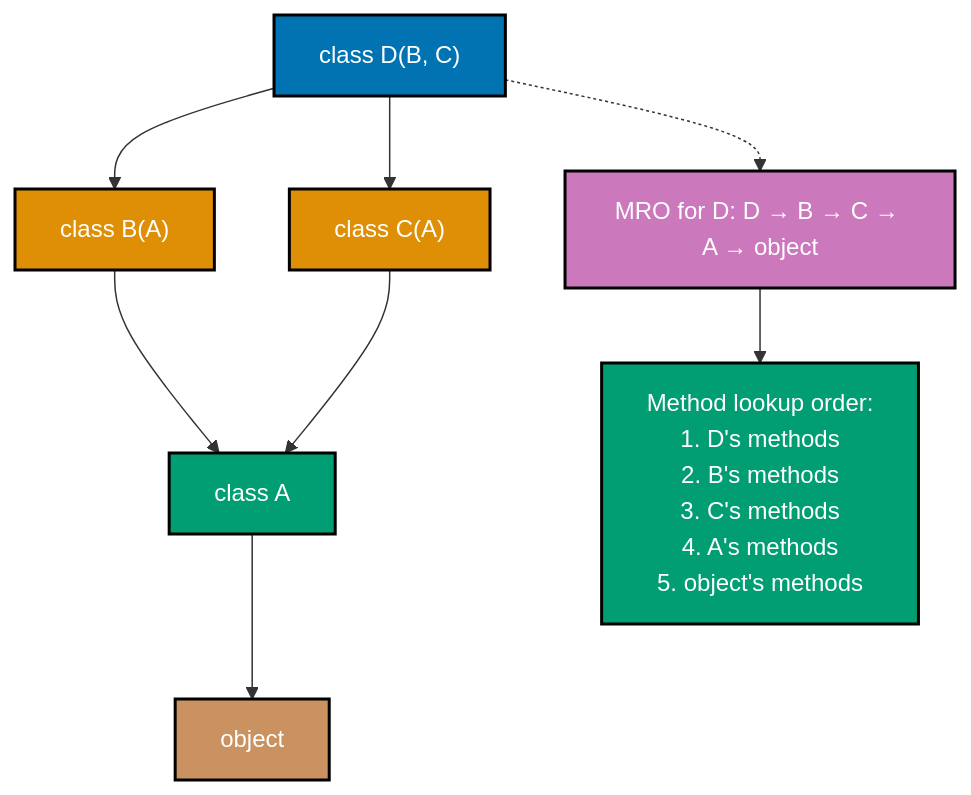
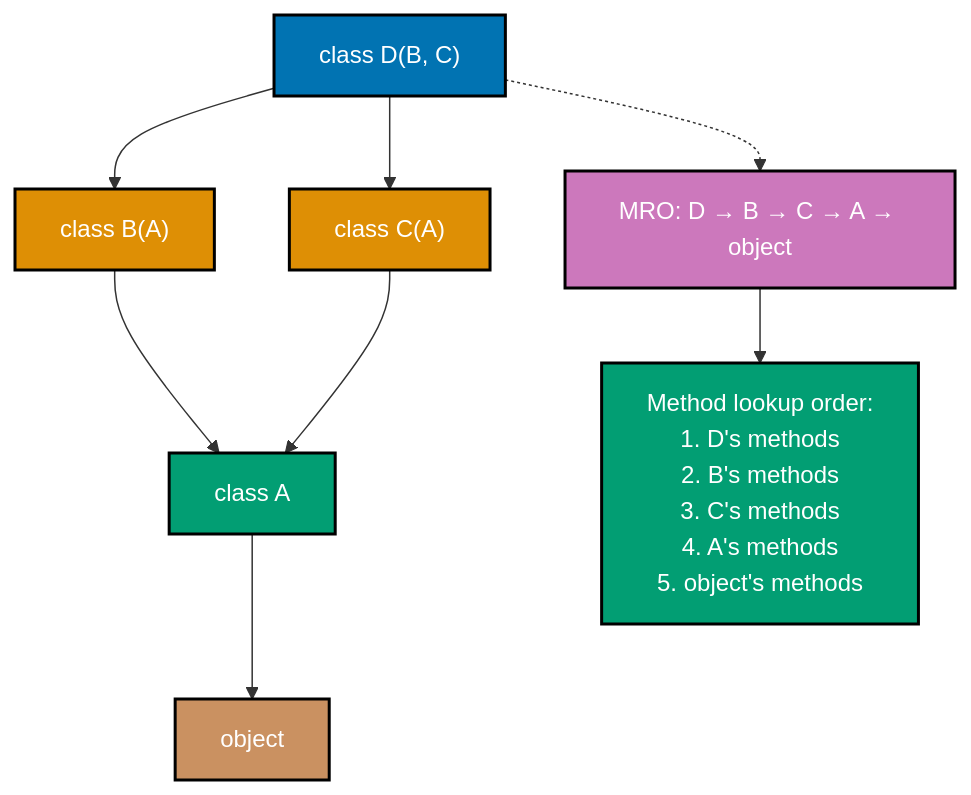
One commit to wahidyankf/open-sharia-enterprise changed the fourth of 5 diagrams in docs/explanation/software-engineering/programming-languages/python/classes-and-protocols.md. Above: the diagram before and after it, drawn with Mermaid. The commit also changed other lines of this file and 12 other files, not shown here.

First line of the commit message:
fix(docs): fix mermaid violations in python docs

````diff
--- a/docs/explanation/software-engineering/programming-languages/python/classes-and-protocols.md
+++ b/docs/explanation/software-engineering/programming-languages/python/classes-and-protocols.md
@@ -629,29 +617,29 @@
 ```mermaid
 %% Color Palette: Blue #0173B2, Orange #DE8F05, Teal #029E73, Purple #CC78BC, Brown #CA9161
 graph TD
   A[class D#40;B, C#41;]:::blue
   B[class B#40;A#41;]:::orange
   C[class C#40;A#41;]:::orange
   D[class A]:::teal
   E[object]:::brown
 
   A --> B
   A --> C
   B --> D
   C --> D
   D --> E
 
-  F[MRO for D: D → B → C → A → object]:::purple
+  F[MRO: D → B → C → A → object]:::purple
 
   A -.-> F
 
   note1[Method lookup order:<br/>1. D's methods<br/>2. B's methods<br/>3. C's methods<br/>4. A's methods<br/>5. object's methods]:::teal
 
   F --> note1
 
   classDef blue fill:#0173B2,stroke:#000000,color:#FFFFFF,stroke-width:2px
   classDef orange fill:#DE8F05,stroke:#000000,color:#FFFFFF,stroke-width:2px
   classDef teal fill:#029E73,stroke:#000000,color:#FFFFFF,stroke-width:2px
   classDef purple fill:#CC78BC,stroke:#000000,color:#FFFFFF,stroke-width:2px
   classDef brown fill:#CA9161,stroke:#000000,color:#FFFFFF,stroke-width:2px
 ```
````
